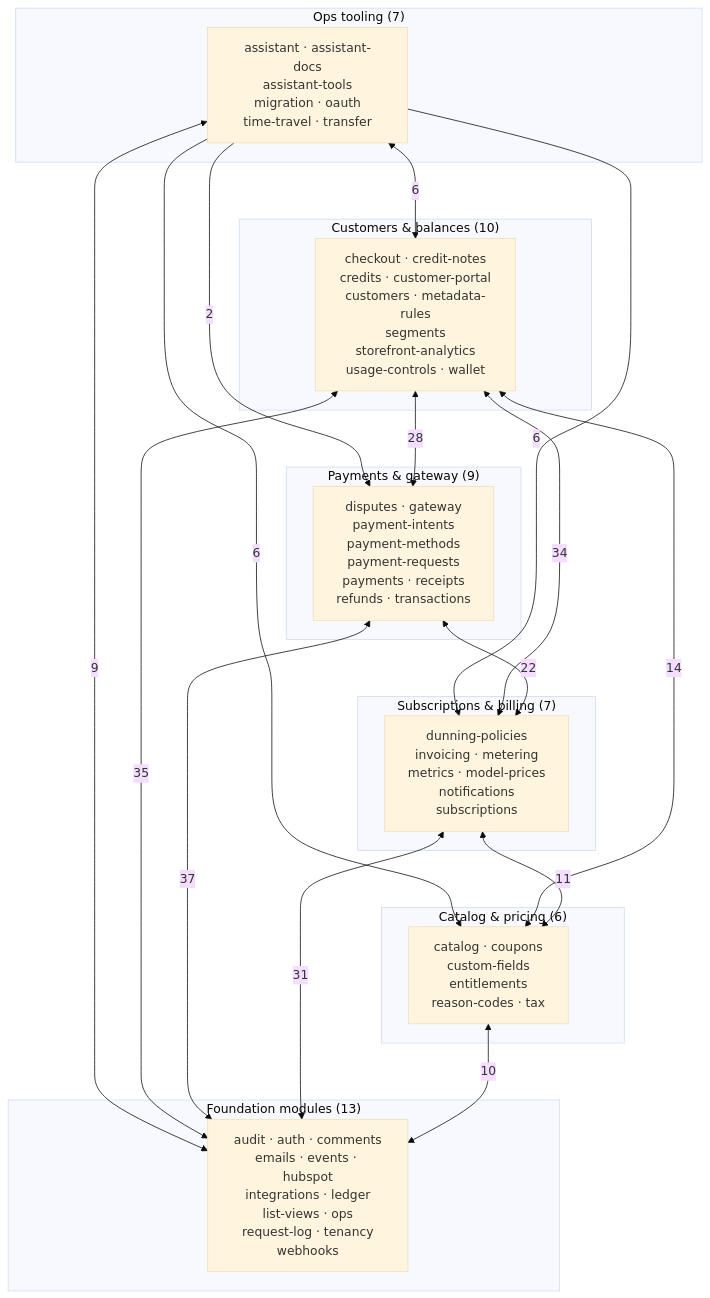
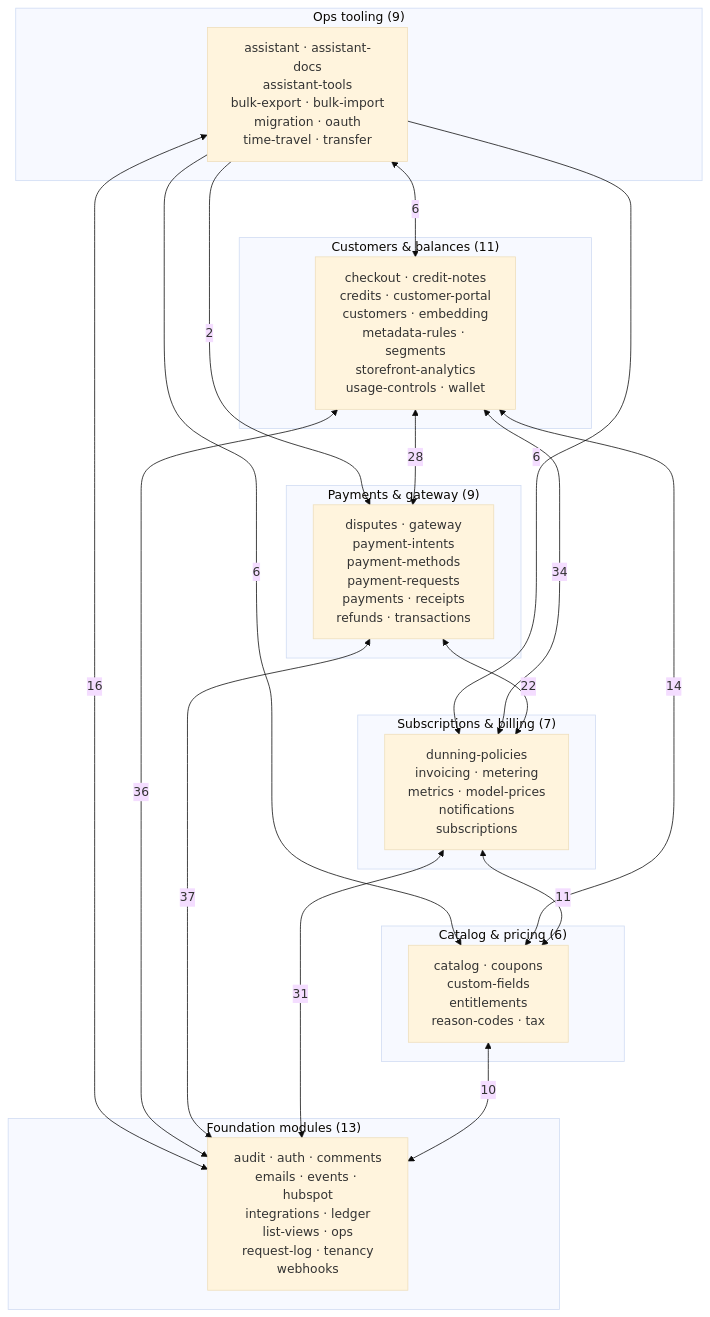
One commit to gox-ai/two-minute-billing changed the third of 3 diagrams in docs/ARCHITECTURE.md. Above: the diagram before and after it, drawn with Mermaid (base theme). The commit also changed other lines of this file and 376 other files, not shown here.

````diff
--- a/docs/ARCHITECTURE.md
+++ b/docs/ARCHITECTURE.md
@@ -371,35 +371,35 @@
 ```mermaid
 flowchart TB
-  subgraph sg_tooling["Ops tooling (7)"]
-    tooling["assistant · assistant-docs<br/>assistant-tools<br/>migration · oauth<br/>time-travel · transfer"]
+  subgraph sg_tooling["Ops tooling (9)"]
+    tooling["assistant · assistant-docs<br/>assistant-tools<br/>bulk-export · bulk-import<br/>migration · oauth<br/>time-travel · transfer"]
   end
-  subgraph sg_customer["Customers & balances (10)"]
-    customer["checkout · credit-notes<br/>credits · customer-portal<br/>customers · metadata-rules<br/>segments<br/>storefront-analytics<br/>usage-controls · wallet"]
+  subgraph sg_customer["Customers & balances (11)"]
+    customer["checkout · credit-notes<br/>credits · customer-portal<br/>customers · embedding<br/>metadata-rules · segments<br/>storefront-analytics<br/>usage-controls · wallet"]
   end
   subgraph sg_payments["Payments & gateway (9)"]
     payments["disputes · gateway<br/>payment-intents<br/>payment-methods<br/>payment-requests<br/>payments · receipts<br/>refunds · transactions"]
   end
   subgraph sg_billing["Subscriptions & billing (7)"]
     billing["dunning-policies<br/>invoicing · metering<br/>metrics · model-prices<br/>notifications<br/>subscriptions"]
   end
   subgraph sg_catalog["Catalog & pricing (6)"]
     catalog["catalog · coupons<br/>custom-fields<br/>entitlements<br/>reason-codes · tax"]
   end
   subgraph sg_foundation["Foundation modules (13)"]
     foundation["audit · auth · comments<br/>emails · events · hubspot<br/>integrations · ledger<br/>list-views · ops<br/>request-log · tenancy<br/>webhooks"]
   end
   tooling <-->|6| customer
   tooling -->|2| payments
   tooling -->|6| billing
   tooling -->|6| catalog
-  tooling <-->|9| foundation
+  tooling <-->|16| foundation
   customer <-->|28| payments
   customer <-->|34| billing
   customer <-->|14| catalog
-  customer <-->|35| foundation
+  customer <-->|36| foundation
   payments <-->|22| billing
   payments <-->|37| foundation
   billing <-->|11| catalog
   billing <-->|31| foundation
   catalog <-->|10| foundation
 ```
````
